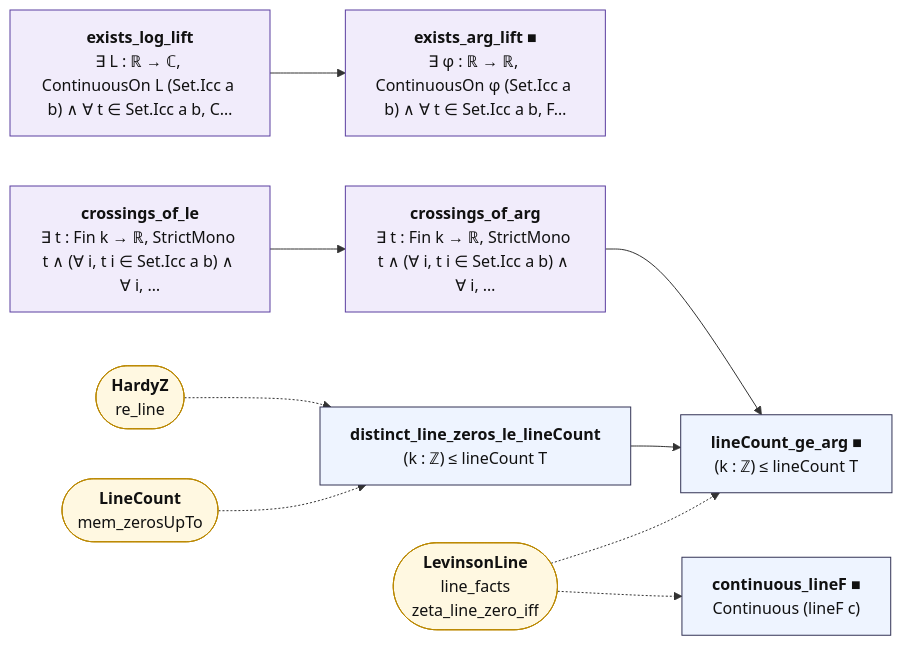
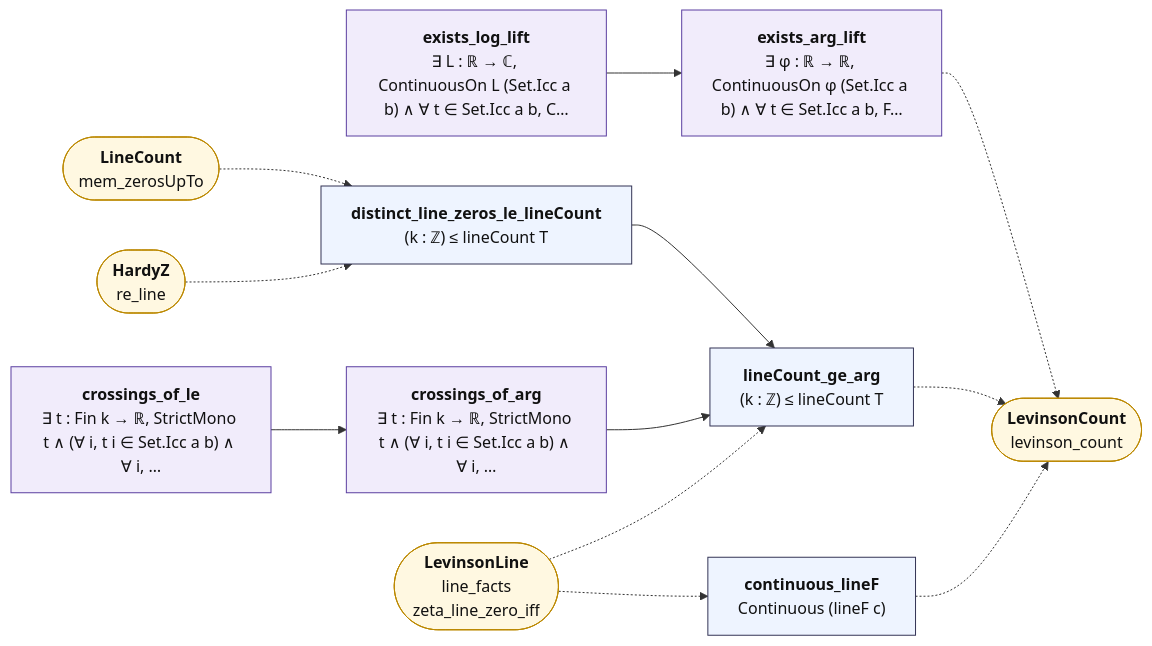
Before and after one commit to juliansambranojr/Primebeat_081426: the diagram in map/lean_stage3/LevinsonArg.mmd, drawn with Mermaid. The commit also changed 26 other files, not shown here.

```diff
--- a/map/lean_stage3/LevinsonArg.mmd
+++ b/map/lean_stage3/LevinsonArg.mmd
@@ -1,27 +1,31 @@
 flowchart LR
   n0["<b>exists_log_lift</b><br/>∃ L : ℝ → ℂ, ContinuousOn L (Set.Icc a b) ∧ ∀ t ∈ Set.Icc a b, C…"]:::shp
-  n1["<b>exists_arg_lift ■</b><br/>∃ φ : ℝ → ℝ, ContinuousOn φ (Set.Icc a b) ∧ ∀ t ∈ Set.Icc a b, F…"]:::shp
+  n1["<b>exists_arg_lift</b><br/>∃ φ : ℝ → ℝ, ContinuousOn φ (Set.Icc a b) ∧ ∀ t ∈ Set.Icc a b, F…"]:::shp
   n2["<b>crossings_of_le</b><br/>∃ t : Fin k → ℝ, StrictMono t ∧ (∀ i, t i ∈ Set.Icc a b) ∧ ∀ i, …"]:::shp
   n3["<b>crossings_of_arg</b><br/>∃ t : Fin k → ℝ, StrictMono t ∧ (∀ i, t i ∈ Set.Icc a b) ∧ ∀ i, …"]:::shp
-  n4["<b>continuous_lineF ■</b><br/>Continuous (lineF c)"]:::thm
+  n4["<b>continuous_lineF</b><br/>Continuous (lineF c)"]:::thm
   n5["<b>distinct_line_zeros_le_lineCount</b><br/>(k : ℤ) ≤ lineCount T"]:::thm
-  n6["<b>lineCount_ge_arg ■</b><br/>(k : ℤ) ≤ lineCount T"]:::thm
-  x0(["<b>LevinsonLine</b><br/>line_facts<br/>zeta_line_zero_iff"]):::ext
-  x1(["<b>HardyZ</b><br/>re_line"]):::ext
-  x2(["<b>LineCount</b><br/>mem_zerosUpTo"]):::ext
+  n6["<b>lineCount_ge_arg</b><br/>(k : ℤ) ≤ lineCount T"]:::thm
+  x0(["<b>LevinsonCount</b><br/>levinson_count"]):::ext
+  x1(["<b>LevinsonLine</b><br/>line_facts<br/>zeta_line_zero_iff"]):::ext
+  x2(["<b>HardyZ</b><br/>re_line"]):::ext
+  x3(["<b>LineCount</b><br/>mem_zerosUpTo"]):::ext
   n0 --> n1
   n2 --> n3
   n3 --> n6
   n5 --> n6
-  x0 -.-> n4
-  x0 -.-> n6
-  x1 -.-> n5
+  n1 -.-> x0
+  n4 -.-> x0
+  n6 -.-> x0
+  x1 -.-> n4
+  x1 -.-> n6
   x2 -.-> n5
+  x3 -.-> n5
   classDef cnt fill:#dff5ec,stroke:#17694a,color:#111
   classDef shp fill:#f1ecfb,stroke:#5b3fa0,color:#111
   classDef rh fill:#ffe5e5,stroke:#c22,color:#111,stroke-width:2px
   classDef thm fill:#eef4ff,stroke:#335,color:#111
   classDef end_ fill:#e7f7e7,stroke:#2a7,color:#111,stroke-width:2px
   classDef lone fill:#fff,stroke:#999,color:#111,stroke-dasharray:4 3
   classDef bad fill:#ffe5e5,stroke:#c22,color:#111,stroke-width:2px
   classDef ext fill:#fff8e1,stroke:#b80,color:#111
```
